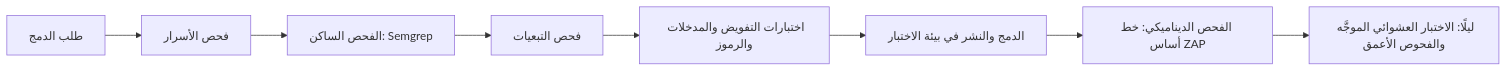
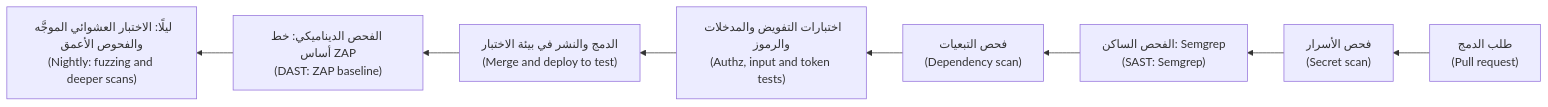
Before and after one commit to Tamoura/system-design-for-vibe-coders: the first of 2 diagrams in testing/modules/04-qualities.ar.md, drawn with Mermaid. The commit also changed other lines of this file and 39 other files, not shown here.

````diff
--- a/testing/modules/04-qualities.ar.md
+++ b/testing/modules/04-qualities.ar.md
@@ -613,10 +613,10 @@
 ```mermaid
-flowchart LR
-    P["طلب الدمج"] --> S["فحص الأسرار"]
-    S --> A["الفحص الساكن: Semgrep"]
-    A --> D["فحص التبعيات"]
-    D --> T["اختبارات التفويض والمدخلات والرموز"]
-    T --> M["الدمج والنشر في بيئة الاختبار"]
-    M --> Z["الفحص الديناميكي: خط أساس ZAP"]
-    Z --> N["ليلًا: الاختبار العشوائي الموجَّه والفحوص الأعمق"]
+flowchart RL
+    P["طلب الدمج<br/>(Pull request)"] --> S["فحص الأسرار<br/>(Secret scan)"]
+    S --> A["الفحص الساكن: Semgrep<br/>(SAST: Semgrep)"]
+    A --> D["فحص التبعيات<br/>(Dependency scan)"]
+    D --> T["اختبارات التفويض والمدخلات والرموز<br/>(Authz, input and token tests)"]
+    T --> M["الدمج والنشر في بيئة الاختبار<br/>(Merge and deploy to test)"]
+    M --> Z["الفحص الديناميكي: خط أساس ZAP<br/>(DAST: ZAP baseline)"]
+    Z --> N["ليلًا: الاختبار العشوائي الموجَّه والفحوص الأعمق<br/>(Nightly: fuzzing and deeper scans)"]
 ```
````
